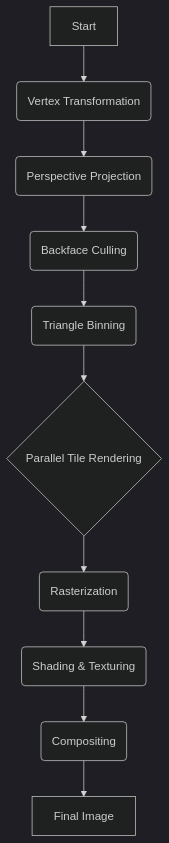
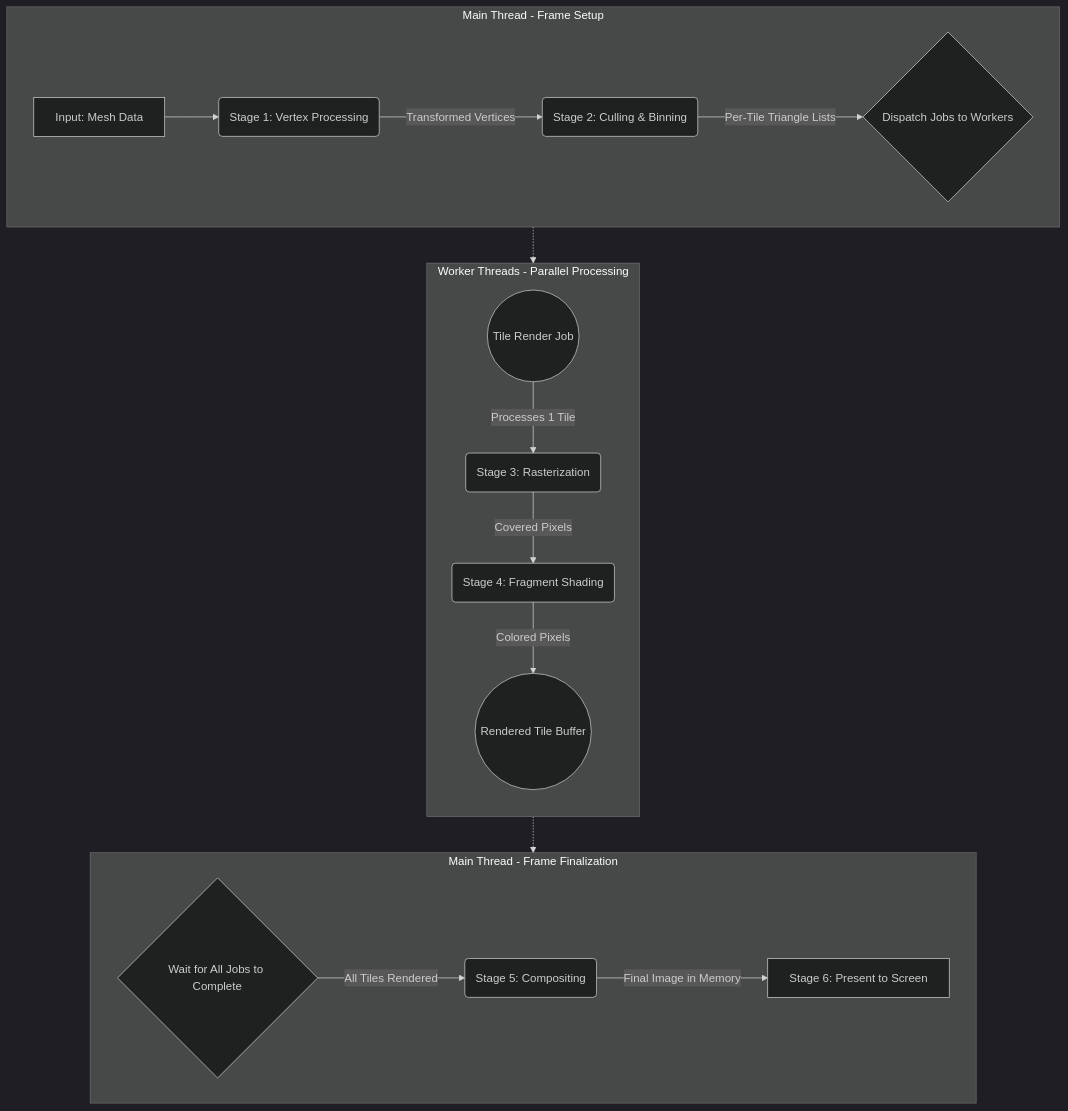
One commit to monstercameron/learn_zig_and_3d changed the first of 2 diagrams in README.md. Above: the diagram before and after it, drawn with Mermaid (dark theme). The commit also changed other lines of this file and 11 other files, not shown here.

````diff
--- a/README.md
+++ b/README.md
@@ -45,12 +45,26 @@
 ```mermaid
-graph TD
-    A[Start] --> B(Vertex Transformation);
-    B --> C(Perspective Projection);
-    C --> D(Backface Culling);
-    D --> E(Triangle Binning);
-    E --> F{Parallel Tile Rendering};
-    F --> G(Rasterization);
-    G --> H(Shading & Texturing);
-    H --> I(Compositing);
-    I --> J[Final Image];
+flowchart TD
+    subgraph "Main Thread - Frame Setup"
+        direction LR
+        A[Input: Mesh Data] --> B(Stage 1: Vertex Processing);
+        B -- Transformed Vertices --> C(Stage 2: Culling & Binning);
+        C -- Per-Tile Triangle Lists --> D{Dispatch Jobs to Workers};
+    end
+
+    subgraph "Worker Threads - Parallel Processing"
+        direction TB
+        E((Tile Render Job));
+        D -.-> E;
+        E -- Processes 1 Tile --> F(Stage 3: Rasterization);
+        F -- Covered Pixels --> G(Stage 4: Fragment Shading);
+        G -- Colored Pixels --> H((Rendered Tile Buffer));
+    end
+
+    subgraph "Main Thread - Frame Finalization"
+        direction LR
+        I{Wait for All Jobs to Complete};
+        H -.-> I;
+        I -- All Tiles Rendered --> J(Stage 5: Compositing);
+        J -- Final Image in Memory --> K[Stage 6: Present to Screen];
+    end
 ```
````
